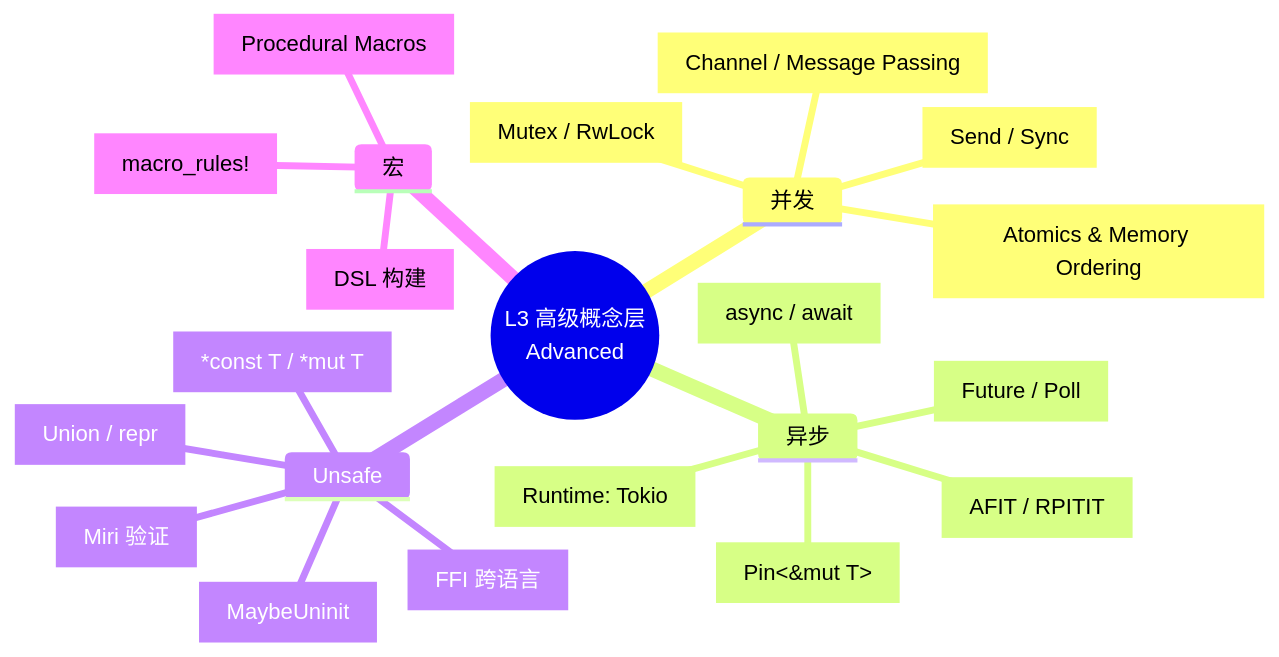
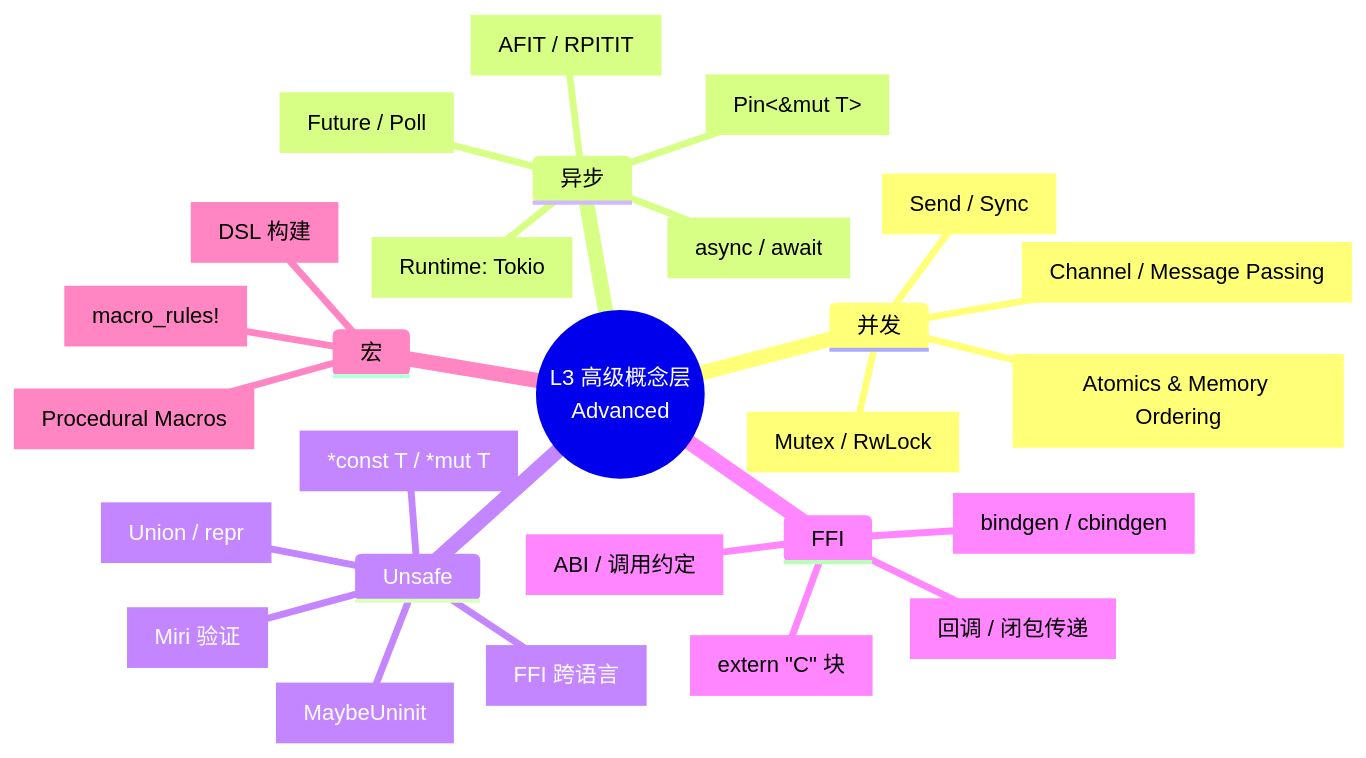
Before and after one commit to martin-ly/rust-lang: the first of 2 diagrams in concept/03_advanced/README.md, drawn with Mermaid. The commit also changed other lines of this file and 31 other files, not shown here.

````diff
--- a/concept/03_advanced/README.md
+++ b/concept/03_advanced/README.md
@@ -12,25 +12,30 @@
 ```mermaid
 mindmap
   root((L3 高级概念层<br/>Advanced))
     并发
       SendSync[Send / Sync]
       MutexRwLock[Mutex / RwLock]
       原子操作[Atomics & Memory Ordering]
       Channel[Channel / Message Passing]
     异步
       Future[Future / Poll]
       async_await[async / await]
       Pin[Pin<&mut T>]
       AFIT[AFIT / RPITIT]
       Runtime[Runtime: Tokio]
     Unsafe
       裸指针[*const T / *mut T]
       FFI[FFI 跨语言]
       Union[Union / repr]
       MaybeUninit[MaybeUninit]
       Miri[Miri 验证]
+    FFI
+      extern[extern "C" 块]
+      ABI[ABI / 调用约定]
+      bindgen[bindgen / cbindgen]
+      回调[回调 / 闭包传递]
     宏
       macro_rules[macro_rules!]
       过程宏[Procedural Macros]
       DSL[DSL 构建]
 ```
````
